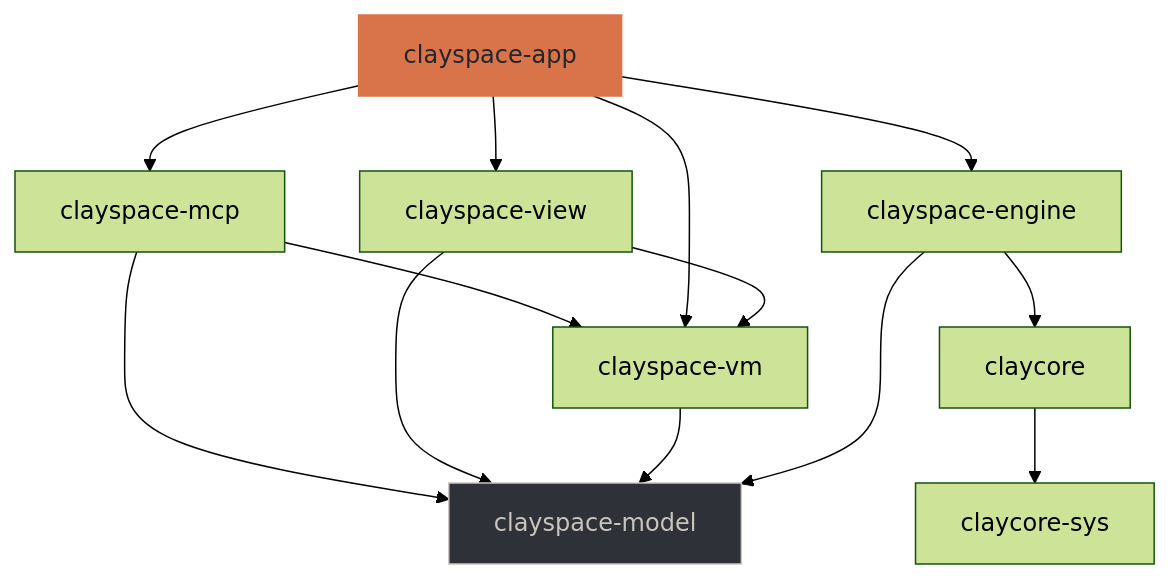
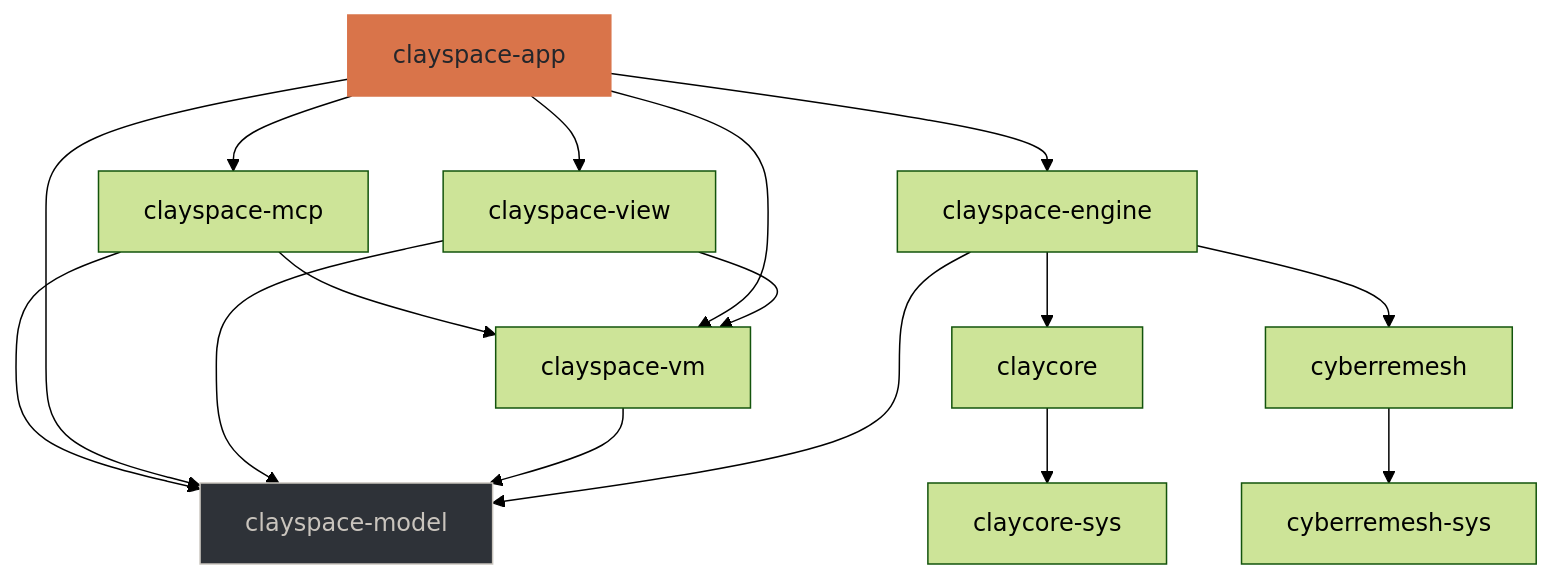
The first of 5 diagrams in docs/architecture.md (CyberdyneCorp/ClaySpaceDesktop), drawn with Mermaid (forest theme) before and after one commit. The commit also changed other lines of this file and 1 other file, not shown here.

````diff
--- a/docs/architecture.md
+++ b/docs/architecture.md
@@ -92,27 +93,32 @@
 ```mermaid
 graph TD
     APP["clayspace-app"]
     MCP["clayspace-mcp"]
     VIEW["clayspace-view"]
     VM["clayspace-vm"]
     MODEL["clayspace-model"]
     ENGINE["clayspace-engine"]
     SAFE["claycore"]
     SYS["claycore-sys"]
+    RSAFE["cyberremesh"]
+    RSYS["cyberremesh-sys"]
 
     APP --> VIEW
     APP --> MCP
     MCP --> VM
     MCP --> MODEL
     APP --> ENGINE
     APP --> VM
+    APP --> MODEL
     VIEW --> VM
     VIEW --> MODEL
     VM --> MODEL
     ENGINE --> MODEL
     ENGINE --> SAFE
+    ENGINE --> RSAFE
     SAFE --> SYS
+    RSAFE --> RSYS
 
     style MODEL fill:#2E3238,stroke:#C9C4BD,color:#C9C4BD
     style APP fill:#D9744A,stroke:#D9744A,color:#23262B
 ```
````
